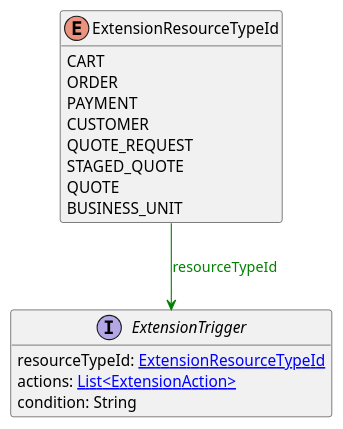
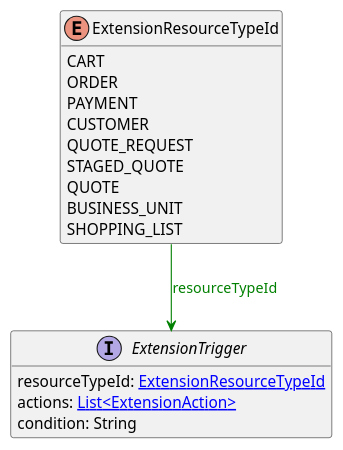
One commit to commercetools/commercetools-api-reference changed the diagram in uml/api/ExtensionResourceTypeId.puml. Above: the diagram before and after it, drawn with PlantUML. The commit also changed 2 other files, not shown here.

```diff
--- a/uml/api/ExtensionResourceTypeId.puml
+++ b/uml/api/ExtensionResourceTypeId.puml
@@ -1,20 +1,21 @@
 @startuml
 
 hide methods
 enum ExtensionResourceTypeId {
     CART
     ORDER
     PAYMENT
     CUSTOMER
     QUOTE_REQUEST
     STAGED_QUOTE
     QUOTE
     BUSINESS_UNIT
+    SHOPPING_LIST
 }
 interface ExtensionTrigger [[ExtensionTrigger.svg]]  {
     resourceTypeId: [[ExtensionResourceTypeId.svg ExtensionResourceTypeId]]
     actions: [[ExtensionAction.svg List<ExtensionAction>]]
     condition: String
 }
 ExtensionResourceTypeId --> ExtensionTrigger #green;text:green : "resourceTypeId"
 @enduml
```
